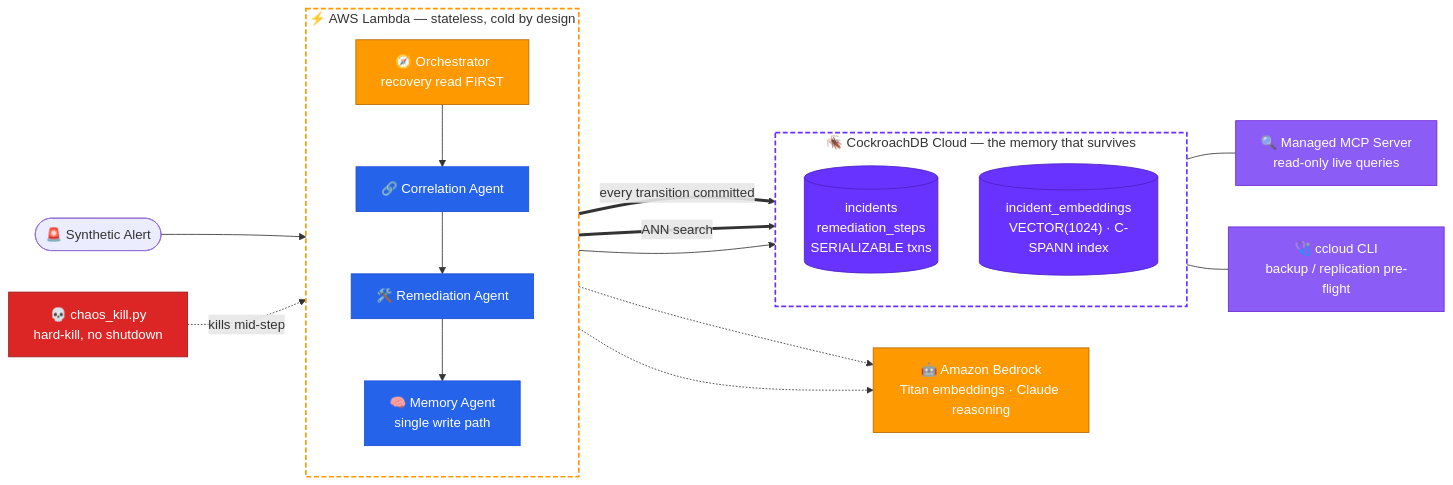
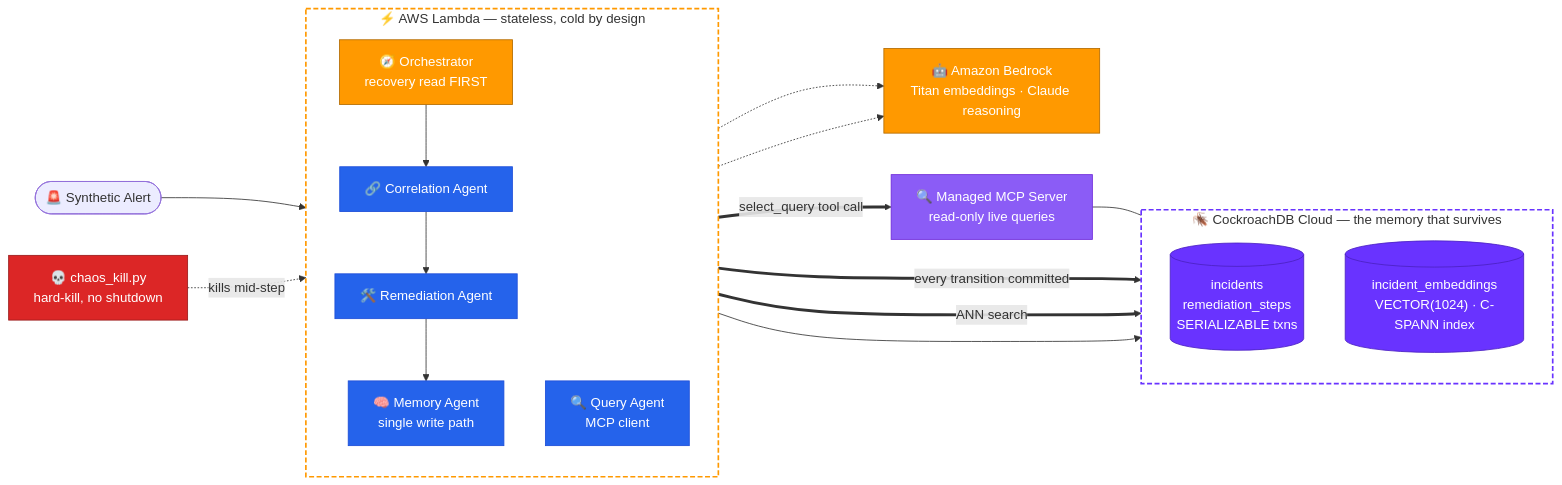
One commit to iarjunganesh/continuum changed the diagram in README.md. Above: the diagram before and after it, drawn with Mermaid. The commit also changed other lines of this file and 30 other files, not shown here.

First line of the commit message:
feat: agent-driven MCP client, 100% test coverage, config/deploy fixes

````diff
--- a/README.md
+++ b/README.md
@@ -73,42 +72,42 @@
 ```mermaid
 graph LR
     classDef aws  fill:#FF9900,stroke:#B36B00,color:#fff
     classDef crdb fill:#6933FF,stroke:#4B21C2,color:#fff
     classDef agent fill:#2563EB,stroke:#1D4ED8,color:#fff
     classDef chaos fill:#DC2626,stroke:#991B1B,color:#fff
     classDef tool fill:#8B5CF6,stroke:#6D28D9,color:#fff
 
     A(["🚨 Synthetic Alert"]) --> L
     K["💀 chaos_kill.py<br/>hard-kill, no shutdown"]:::chaos -.->|kills mid-step| L
 
     subgraph lambda["⚡ AWS Lambda — stateless, cold by design"]
         direction TB
         L["🧭 Orchestrator<br/>recovery read FIRST"]:::aws
         C["🔗 Correlation Agent"]:::agent
         R["🛠️ Remediation Agent"]:::agent
         M["🧠 Memory Agent<br/>single write path"]:::agent
+        Q["🔍 Query Agent<br/>MCP client"]:::agent
         L --> C --> R --> M
     end
 
     B["🤖 Amazon Bedrock<br/>Titan embeddings · Claude reasoning"]:::aws
     C -.-> B
     R -.-> B
 
     subgraph crdb["🪳 CockroachDB Cloud — the memory that survives"]
         direction TB
         T[("incidents<br/>remediation_steps<br/>SERIALIZABLE txns")]:::crdb
         V[("incident_embeddings<br/>VECTOR(1024) · C-SPANN index")]:::crdb
     end
     M ==>|every transition committed| T
     C ==>|ANN search| V
 
     MCP["🔍 Managed MCP Server<br/>read-only live queries"]:::tool
-    CC["🩺 ccloud CLI<br/>backup / replication pre-flight"]:::tool
-    T --- MCP
-    T --- CC
+    Q ==>|select_query tool call| MCP
+    MCP --- T
 
     lambda --> crdb
 
     style lambda fill:transparent,stroke:#FF9900,stroke-width:2px,stroke-dasharray:6 3
     style crdb fill:transparent,stroke:#6933FF,stroke-width:2px,stroke-dasharray:6 3
 ```
````
